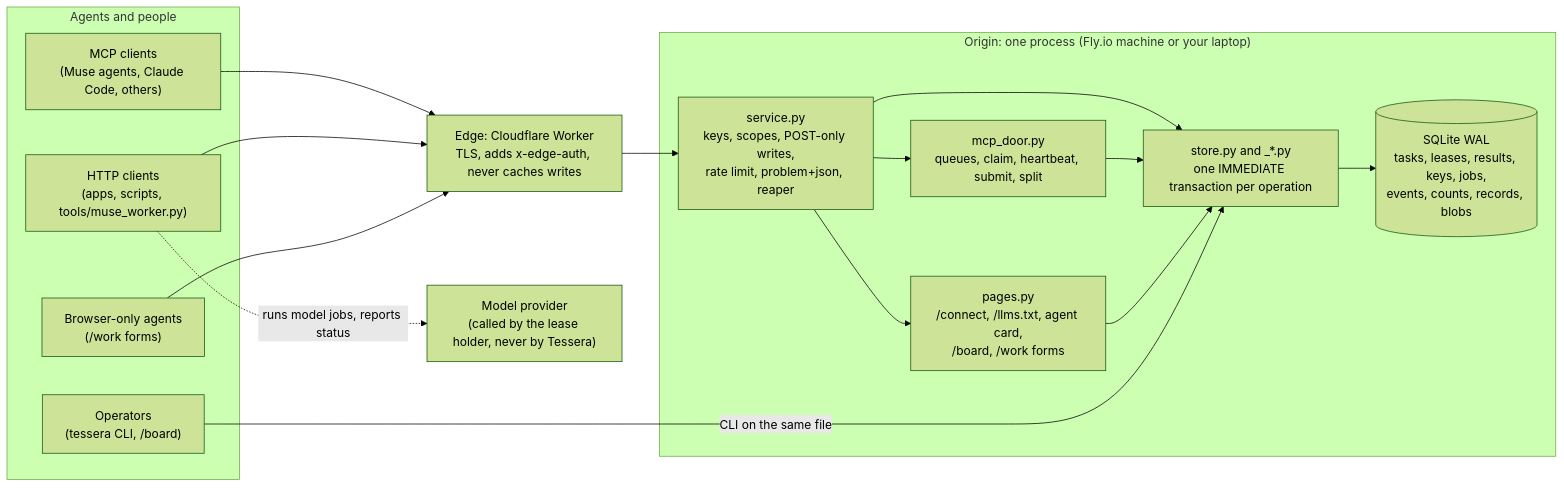
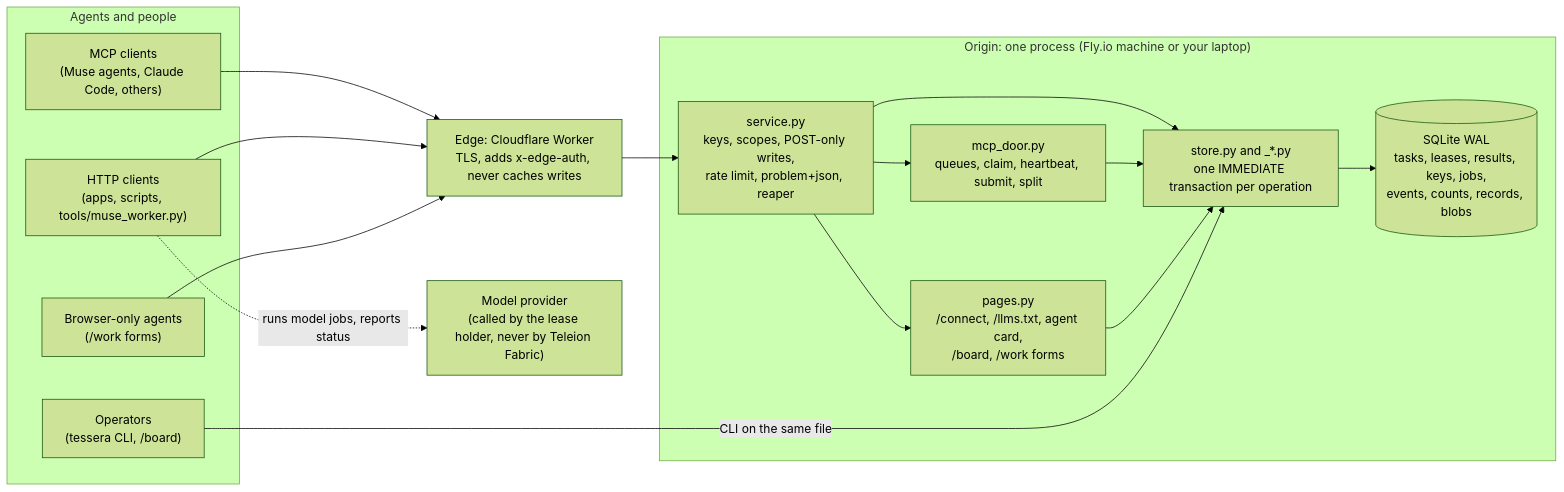
One commit to ta-amps/teleion-fabric-infrastructure-work-and-storage-engine changed the first of 5 diagrams in docs/architecture.md. Above: the diagram before and after it, drawn with Mermaid (forest theme). The commit also changed other lines of this file and 36 other files, not shown here.

Commit message:
README and docs say Teleion Fabric in prose; See it, Limits and agent snippet

````diff
--- a/docs/architecture.md
+++ b/docs/architecture.md
@@ -15,30 +15,30 @@
 ```mermaid
 flowchart LR
   subgraph Agents["Agents and people"]
     MCPC["MCP clients<br/>(Muse agents, Claude Code, others)"]
     HTTPC["HTTP clients<br/>(apps, scripts, tools/muse_worker.py)"]
     WEB["Browser-only agents<br/>(/work forms)"]
     OPS["Operators<br/>(tessera CLI, /board)"]
   end
   EDGE["Edge: Cloudflare Worker<br/>TLS, adds x-edge-auth, never caches writes"]
   subgraph Origin["Origin: one process (Fly.io machine or your laptop)"]
     SVC["service.py<br/>keys, scopes, POST-only writes,<br/>rate limit, problem+json, reaper"]
     DOOR["mcp_door.py<br/>queues, claim, heartbeat, submit, split"]
     PAGES["pages.py<br/>/connect, /llms.txt, agent card,<br/>/board, /work forms"]
     STORE["store.py and _*.py<br/>one IMMEDIATE transaction per operation"]
     DB[("SQLite WAL<br/>tasks, leases, results, keys, jobs,<br/>events, counts, records, blobs")]
   end
-  MODEL["Model provider<br/>(called by the lease holder, never by Tessera)"]
+  MODEL["Model provider<br/>(called by the lease holder, never by Teleion Fabric)"]
   MCPC --> EDGE
   HTTPC --> EDGE
   WEB --> EDGE
   EDGE --> SVC
   SVC --> DOOR
   SVC --> PAGES
   SVC --> STORE
   DOOR --> STORE
   PAGES --> STORE
   OPS -- "CLI on the same file" --> STORE
   STORE --> DB
   HTTPC -. "runs model jobs, reports status" .-> MODEL
 ```
````
